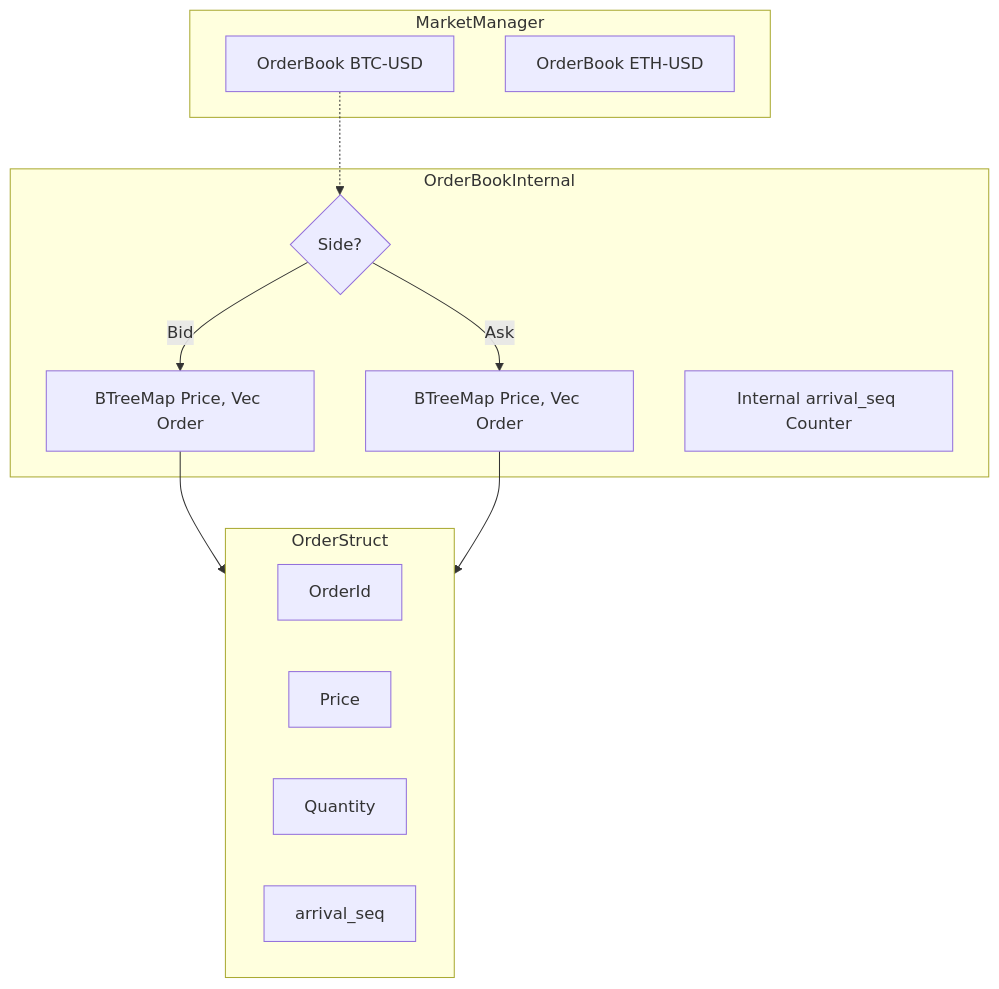
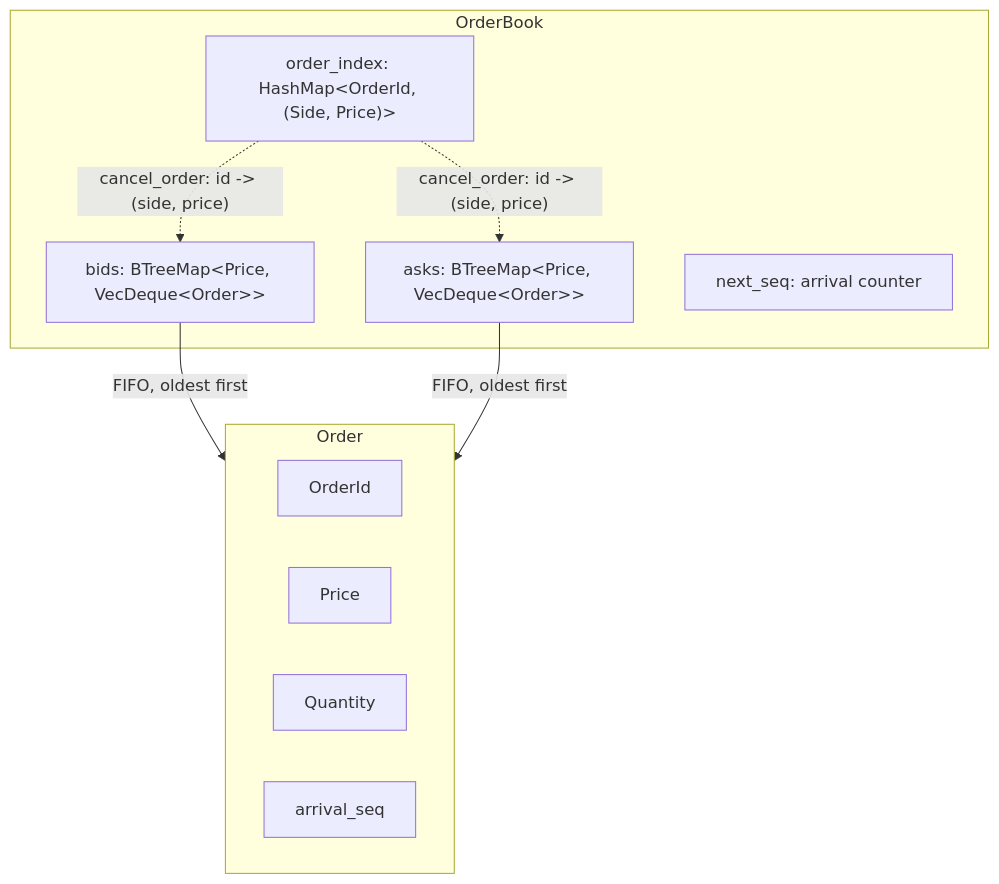
Before and after one commit to hann3pan/ferrum-match: the second of 3 diagrams in README.md, drawn with Mermaid. The commit also changed other lines of this file and 1 other file, not shown here.

````diff
--- a/README.md
+++ b/README.md
@@ -66,25 +103,21 @@
 ```mermaid
 graph TD
-    subgraph MarketManager
-        OB1[OrderBook BTC-USD]
-        OB2[OrderBook ETH-USD]
+    subgraph OrderBook
+        Bids["bids: BTreeMap&lt;Price, VecDeque&lt;Order&gt;&gt;"]
+        Asks["asks: BTreeMap&lt;Price, VecDeque&lt;Order&gt;&gt;"]
+        Index["order_index: HashMap&lt;OrderId, (Side, Price)&gt;"]
+        Seq[next_seq: arrival counter]
     end
 
-    subgraph OrderBookInternal
-        Direction{Side?}
-        Direction -->|Bid| Bids[BTreeMap Price, Vec Order]
-        Direction -->|Ask| Asks[BTreeMap Price, Vec Order]
-        Seq[Internal arrival_seq Counter]
-    end
-
-    subgraph OrderStruct
+    subgraph Order
         ID[OrderId]
         P[Price]
         Q[Quantity]
         S[arrival_seq]
     end
 
-    OB1 -.-> Direction
-    Bids --> OrderStruct
-    Asks --> OrderStruct
+    Bids -->|FIFO, oldest first| Order
+    Asks -->|FIFO, oldest first| Order
+    Index -.->|"cancel_order: id -> (side, price)"| Bids
+    Index -.->|"cancel_order: id -> (side, price)"| Asks
 ```
````
